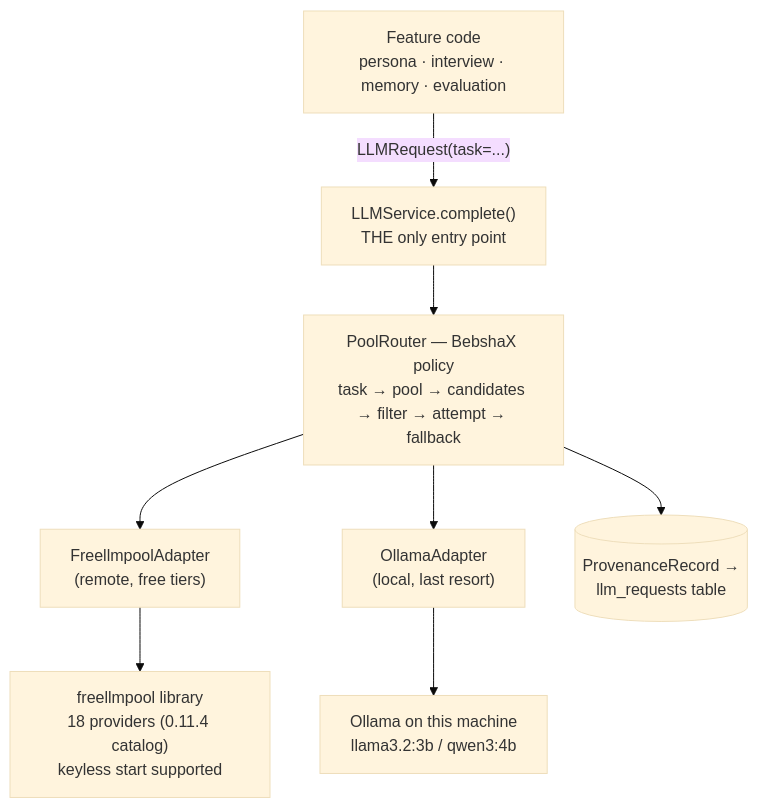
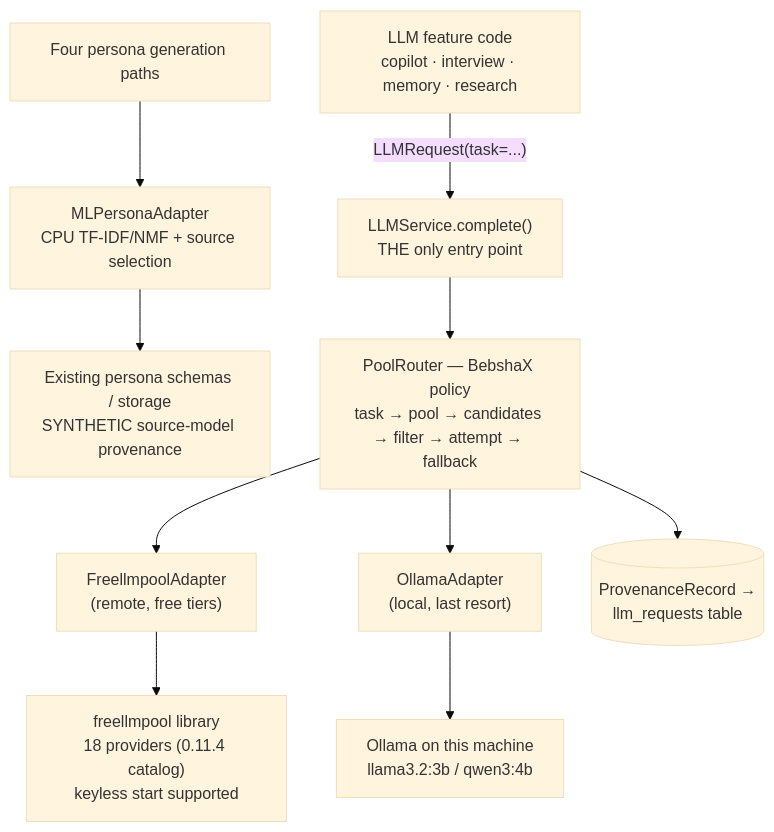
Before and after one commit to Tayebbb/BebshaX: the first of 2 diagrams in docs/AI_IMPLEMENTATION_PLAN.md, drawn with Mermaid (base theme). The commit also changed other lines of this file and 34 other files, not shown here.

````diff
--- a/docs/AI_IMPLEMENTATION_PLAN.md
+++ b/docs/AI_IMPLEMENTATION_PLAN.md
@@ -23,10 +23,12 @@
 ```mermaid
 flowchart TD
-    A["Feature code<br/>persona · interview · memory · evaluation"] -->|"LLMRequest(task=...)"| B
+    A["LLM feature code<br/>copilot · interview · memory · research"] -->|"LLMRequest(task=...)"| B
+    P["Four persona generation paths"] --> ML["MLPersonaAdapter<br/>CPU TF-IDF/NMF + source selection"]
+    ML --> STORE["Existing persona schemas / storage<br/>SYNTHETIC source-model provenance"]
     B["LLMService.complete()<br/>THE only entry point"] --> C
     C["PoolRouter — BebshaX policy<br/>task → pool → candidates → filter → attempt → fallback"] --> D
     C --> E
     D["FreellmpoolAdapter<br/>(remote, free tiers)"] --> F["freellmpool library<br/>18 providers (0.11.4 catalog)<br/>keyless start supported"]
     E["OllamaAdapter<br/>(local, last resort)"] --> G["Ollama on this machine<br/>llama3.2:3b / qwen3:4b"]
     C --> H[("ProvenanceRecord →<br/>llm_requests table")]
 ```
````
